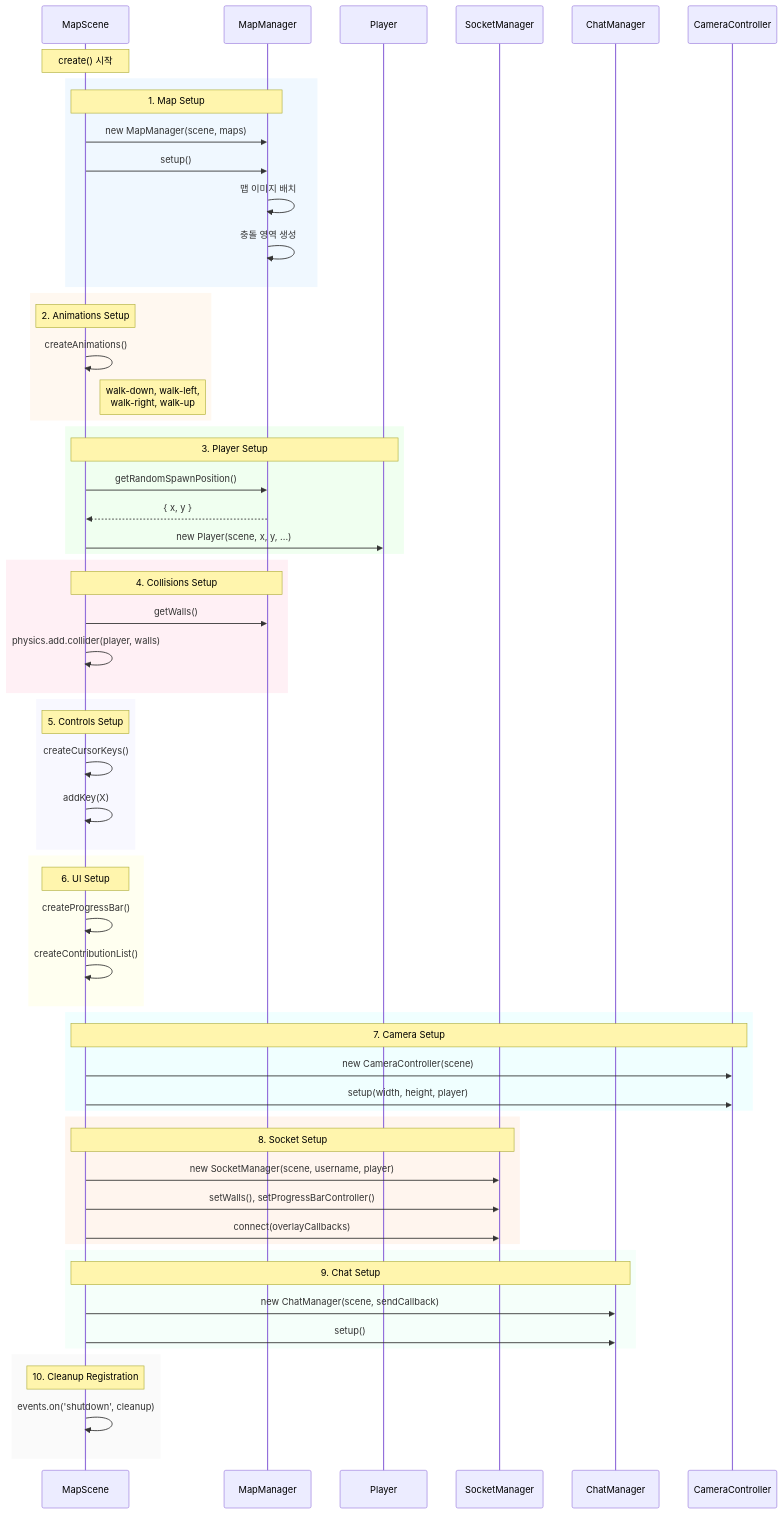
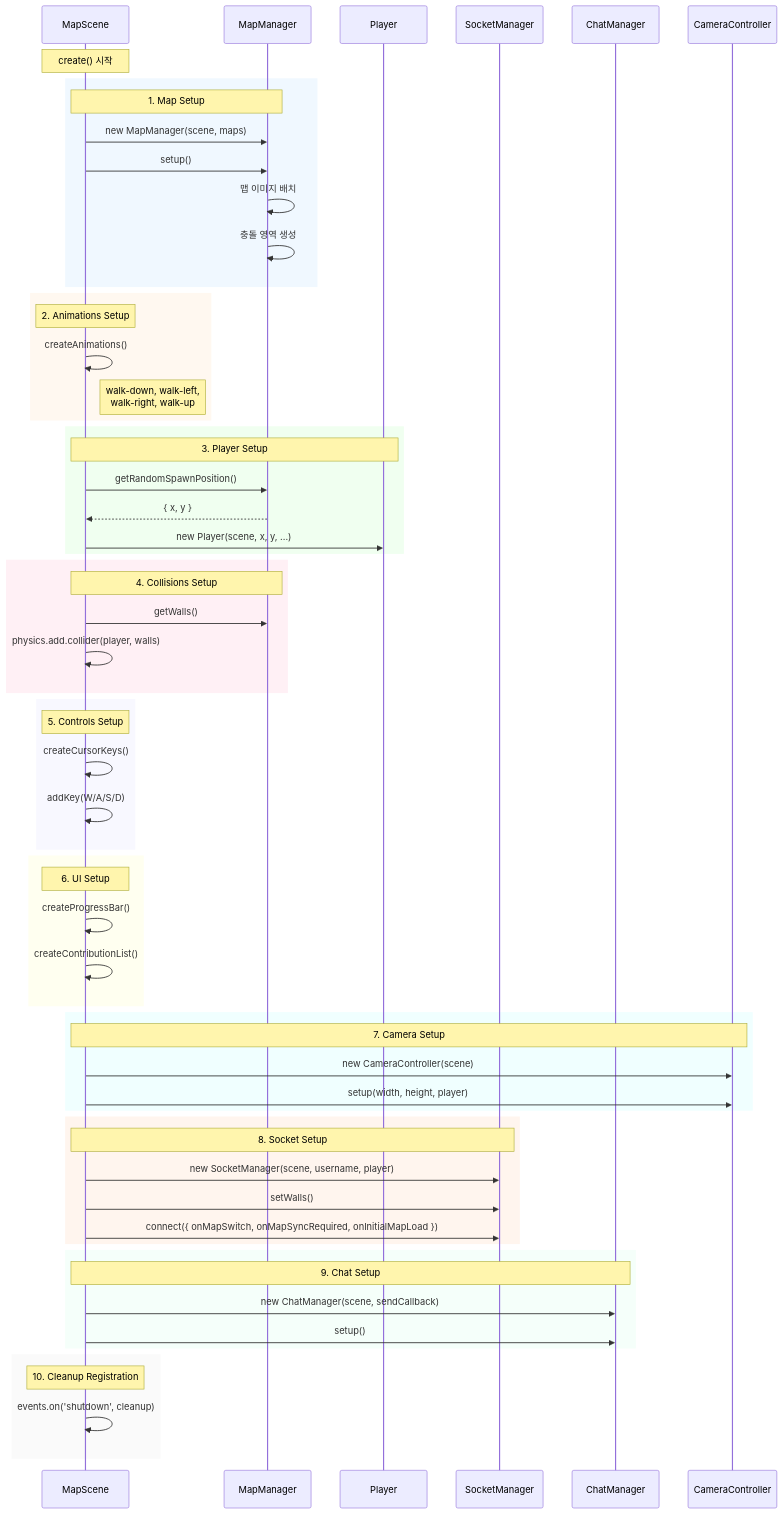
The first of 4 diagrams in docs/architecture/GAME_ENGINE.md (boostcampwm2025/web19-estrogenquattro), drawn with Mermaid before and after one commit. The commit also changed other lines of this file and 97 other files, not shown here.

````diff
--- a/docs/architecture/GAME_ENGINE.md
+++ b/docs/architecture/GAME_ENGINE.md
@@ -58,74 +58,74 @@
 ```mermaid
 sequenceDiagram
     participant S as MapScene
     participant MM as MapManager
     participant P as Player
     participant SM as SocketManager
     participant CM as ChatManager
     participant CC as CameraController
 
     Note over S: create() 시작
 
     rect rgb(240, 248, 255)
         Note over S,MM: 1. Map Setup
         S->>MM: new MapManager(scene, maps)
         S->>MM: setup()
         MM->>MM: 맵 이미지 배치
         MM->>MM: 충돌 영역 생성
     end
 
     rect rgb(255, 248, 240)
         Note over S: 2. Animations Setup
         S->>S: createAnimations()
         Note right of S: walk-down, walk-left,<br/>walk-right, walk-up
     end
 
     rect rgb(240, 255, 240)
         Note over S,P: 3. Player Setup
         S->>MM: getRandomSpawnPosition()
         MM-->>S: { x, y }
         S->>P: new Player(scene, x, y, ...)
     end
 
     rect rgb(255, 240, 245)
         Note over S,MM: 4. Collisions Setup
         S->>MM: getWalls()
         S->>S: physics.add.collider(player, walls)
     end
 
     rect rgb(248, 248, 255)
         Note over S: 5. Controls Setup
         S->>S: createCursorKeys()
-        S->>S: addKey(X)
+        S->>S: addKey(W/A/S/D)
     end
 
     rect rgb(255, 255, 240)
         Note over S: 6. UI Setup
         S->>S: createProgressBar()
         S->>S: createContributionList()
     end
 
     rect rgb(240, 255, 255)
         Note over S,CC: 7. Camera Setup
         S->>CC: new CameraController(scene)
         S->>CC: setup(width, height, player)
     end
 
     rect rgb(255, 245, 238)
         Note over S,SM: 8. Socket Setup
         S->>SM: new SocketManager(scene, username, player)
-        S->>SM: setWalls(), setProgressBarController()
-        S->>SM: connect(overlayCallbacks)
+        S->>SM: setWalls()
+        S->>SM: connect({ onMapSwitch, onMapSyncRequired, onInitialMapLoad })
     end
 
     rect rgb(245, 255, 250)
         Note over S,CM: 9. Chat Setup
         S->>CM: new ChatManager(scene, sendCallback)
         S->>CM: setup()
     end
 
     rect rgb(250, 250, 250)
         Note over S: 10. Cleanup Registration
         S->>S: events.on('shutdown', cleanup)
     end
 ```
````
